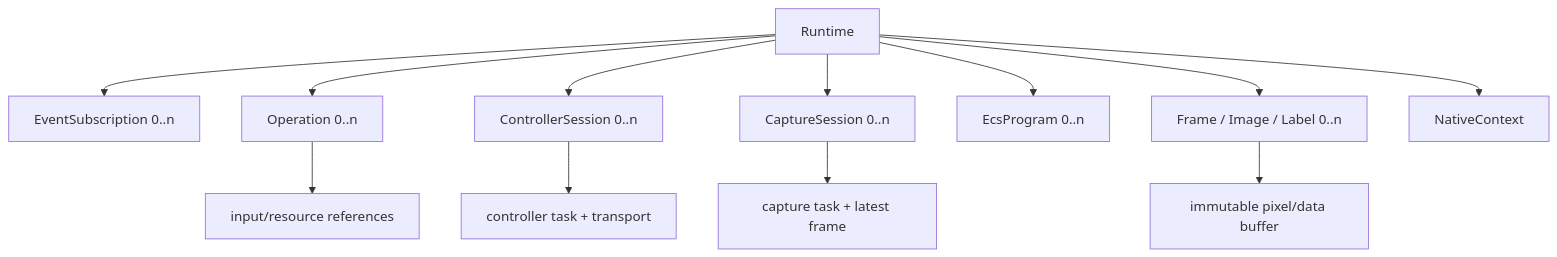
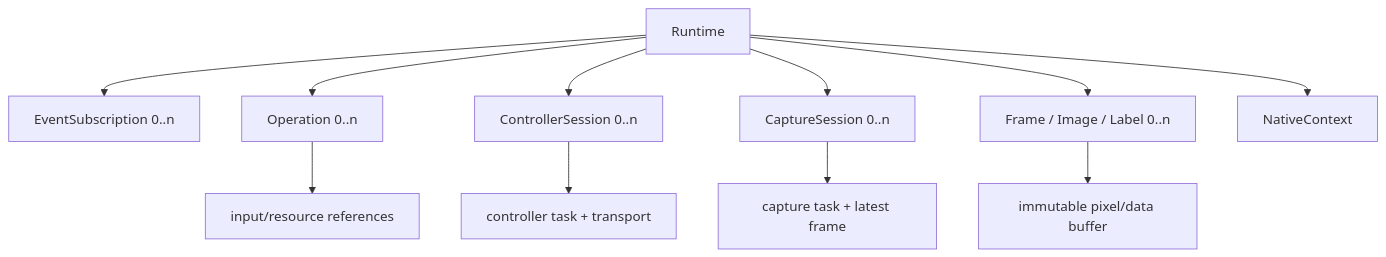
The first of 6 diagrams in docs/architecture/runtime-lifecycle.md (XiaoyuBook/easycon-sdk), drawn with Mermaid before and after one commit. The commit also changed other lines of this file and 10 other files, not shown here.

````diff
--- a/docs/architecture/runtime-lifecycle.md
+++ b/docs/architecture/runtime-lifecycle.md
@@ -7,23 +7,21 @@
 ```mermaid
 flowchart TD
     R["Runtime"]
     ES["EventSubscription 0..n"]
     O["Operation 0..n"]
     C["ControllerSession 0..n"]
     V["CaptureSession 0..n"]
-    P["EcsProgram 0..n"]
     F["Frame / Image / Label 0..n"]
     N["NativeContext"]
 
     R --> ES
     R --> O
     R --> C
     R --> V
-    R --> P
     R --> F
     R --> N
     C --> CO["controller task + transport"]
     V --> VO["capture task + latest frame"]
     O --> SNAP["input/resource references"]
     F --> BUF["immutable pixel/data buffer"]
 ```
````
